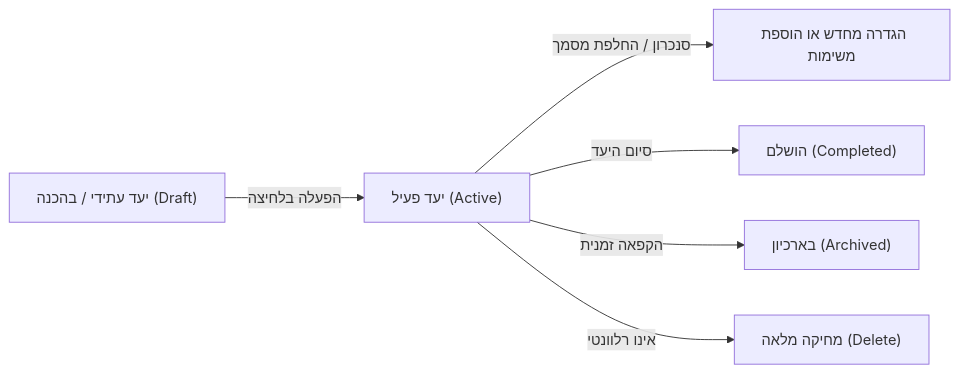
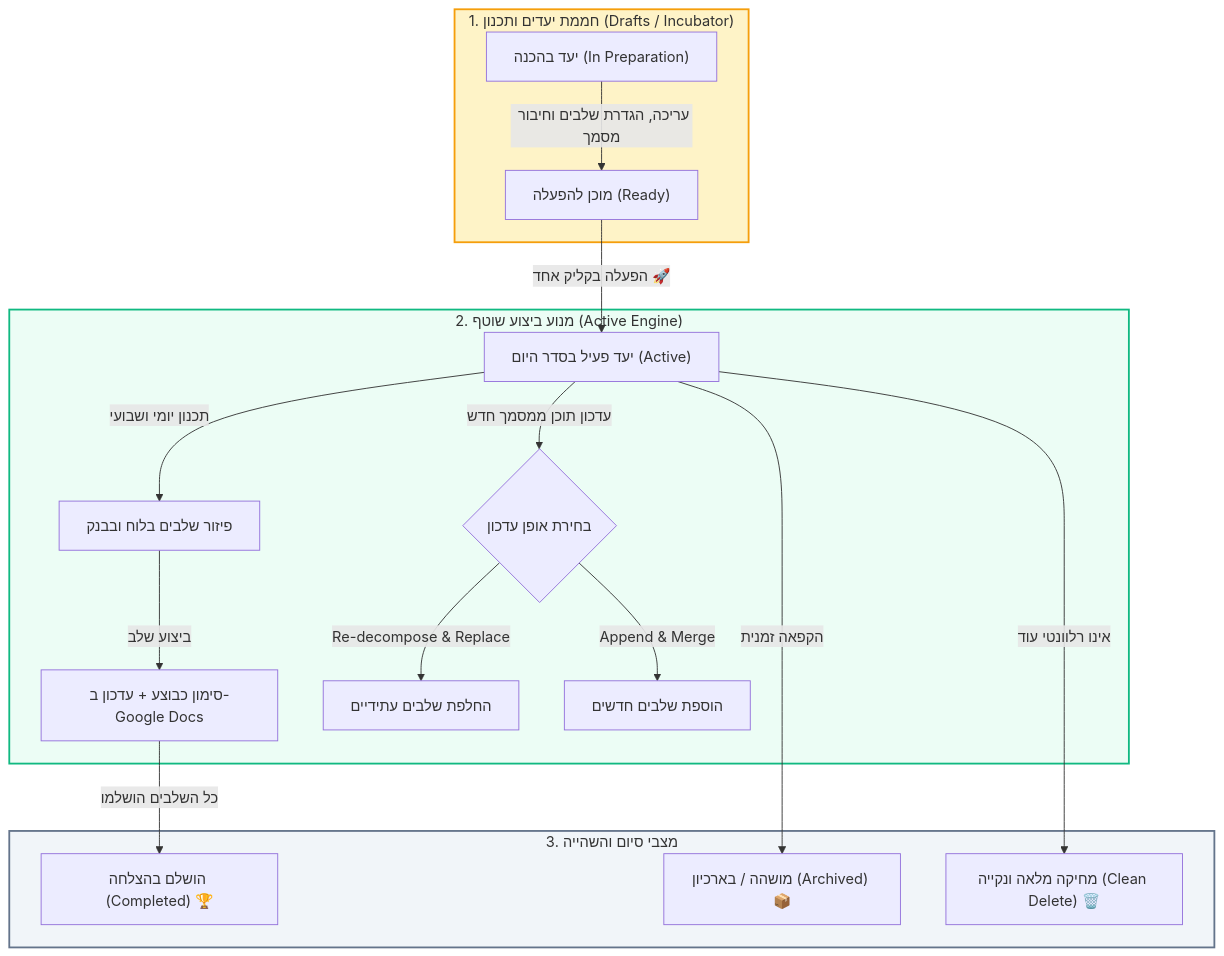
One commit to AlphaKate/daily-process changed the first of 2 diagrams in docs/GOALS_SCREEN_IMPROVEMENT_PLAN.md. Above: the diagram before and after it, drawn with Mermaid. The commit also changed other lines of this file and 1 other file, not shown here.

````diff
--- a/docs/GOALS_SCREEN_IMPROVEMENT_PLAN.md
+++ b/docs/GOALS_SCREEN_IMPROVEMENT_PLAN.md
@@ -13,8 +13,25 @@
 ```mermaid
-flowchart LR
-    A["יעד עתידי / בהכנה (Draft)"] -->|"הפעלה בלחיצה"| B["יעד פעיל (Active)"]
-    B -->|"סנכרון / החלפת מסמך"| C["הגדרה מחדש או הוספת משימות"]
-    B -->|"סיום היעד"| D["הושלם (Completed)"]
-    B -->|"הקפאה זמנית"| E["בארכיון (Archived)"]
-    B -->|"אינו רלוונטי"| F["מחיקה מלאה (Delete)"]
+flowchart TD
+    subgraph Incubator ["1. חממת יעדים ותכנון (Drafts / Incubator)"]
+        D1["יעד בהכנה (In Preparation)"] -->|"עריכה, הגדרת שלבים וחיבור מסמך"| D2["מוכן להפעלה (Ready)"]
+    end
+
+    subgraph ActiveEngine ["2. מנוע ביצוע שוטף (Active Engine)"]
+        D2 -->|"הפעלה בקליק אחד 🚀"| A1["יעד פעיל בסדר היום (Active)"]
+        A1 -->|"תכנון יומי ושבועי"| A2["פיזור שלבים בלוח ובבנק"]
+        A2 -->|"ביצוע שלב"| A3["סימון כבוצע + עדכון ב-Google Docs"]
+        A1 -->|"עדכון תוכן ממסמך חדש"| A4{"בחירת אופן עדכון"}
+        A4 -->|"Re-decompose & Replace"| A5["החלפת שלבים עתידיים"]
+        A4 -->|"Append & Merge"| A6["הוספת שלבים חדשים"]
+    end
+
+    subgraph Completion ["3. מצבי סיום והשהייה"]
+        A3 -->|"כל השלבים הושלמו"| C1["הושלם בהצלחה (Completed) 🏆"]
+        A1 -->|"הקפאה זמנית"| C2["מושהה / בארכיון (Archived) 📦"]
+        A1 -->|"אינו רלוונטי עוד"| C3["מחיקה מלאה ונקייה (Clean Delete) 🗑️"]
+    end
+
+    style Incubator fill:#fef3c7,stroke:#f59e0b,stroke-width:2px;
+    style ActiveEngine fill:#ecfdf5,stroke:#10b981,stroke-width:2px;
+    style Completion fill:#f1f5f9,stroke:#64748b,stroke-width:2px;
 ```
````
